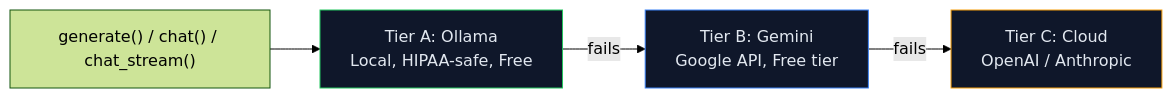
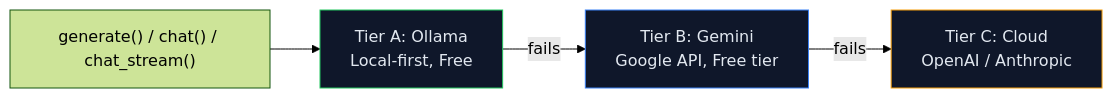
Before and after one commit to pavanbadempet/AI-Healthcare-System: the second of 4 diagrams in README.md, drawn with Mermaid (forest theme). The commit also changed other lines of this file and 29 other files, not shown here.

````diff
--- a/README.md
+++ b/README.md
@@ -218,10 +218,10 @@
 ```mermaid
 graph LR
-    API["generate() / chat() / chat_stream()"] --> A["Tier A: Ollama<br/>Local, HIPAA-safe, Free"]
+    API["generate() / chat() / chat_stream()"] --> A["Tier A: Ollama<br/>Local-first, Free"]
     A -->|"fails"| B["Tier B: Gemini<br/>Google API, Free tier"]
     B -->|"fails"| C["Tier C: Cloud<br/>OpenAI / Anthropic"]
 
     style A fill:#0f172a,stroke:#22c55e,color:#e2e8f0
     style B fill:#0f172a,stroke:#3b82f6,color:#e2e8f0
     style C fill:#0f172a,stroke:#f59e0b,color:#e2e8f0
 ```
````
